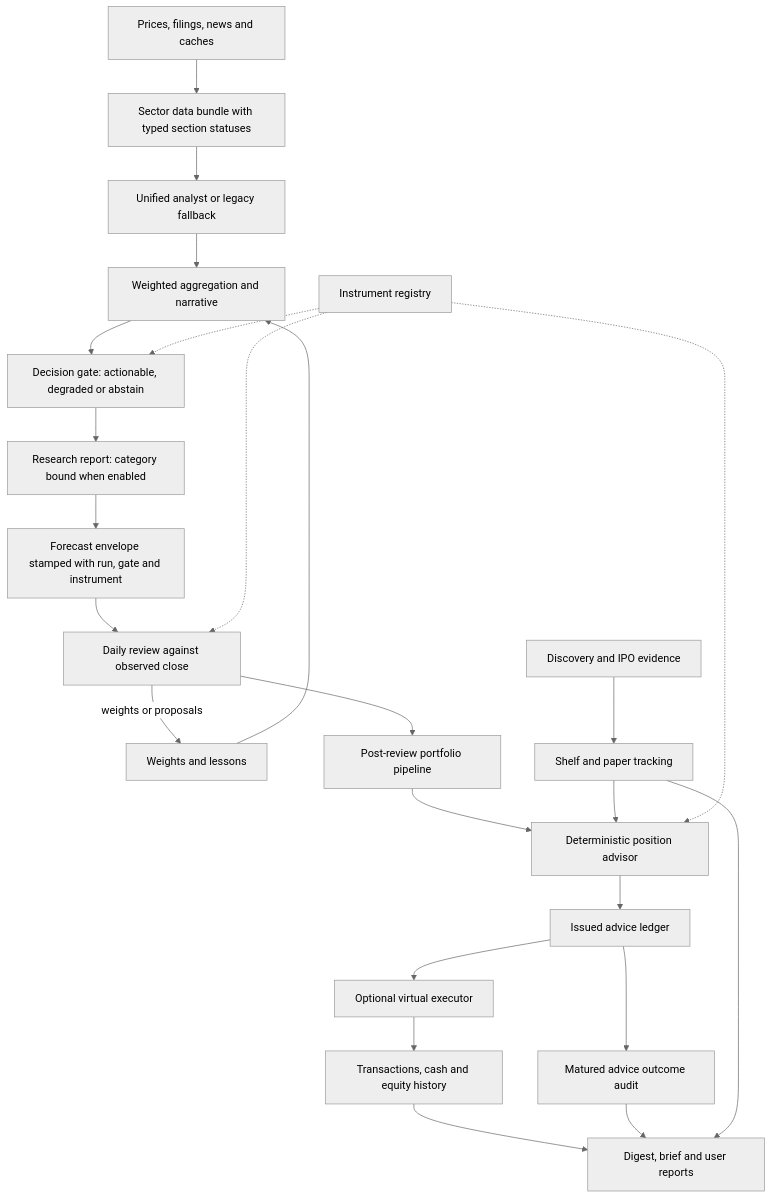
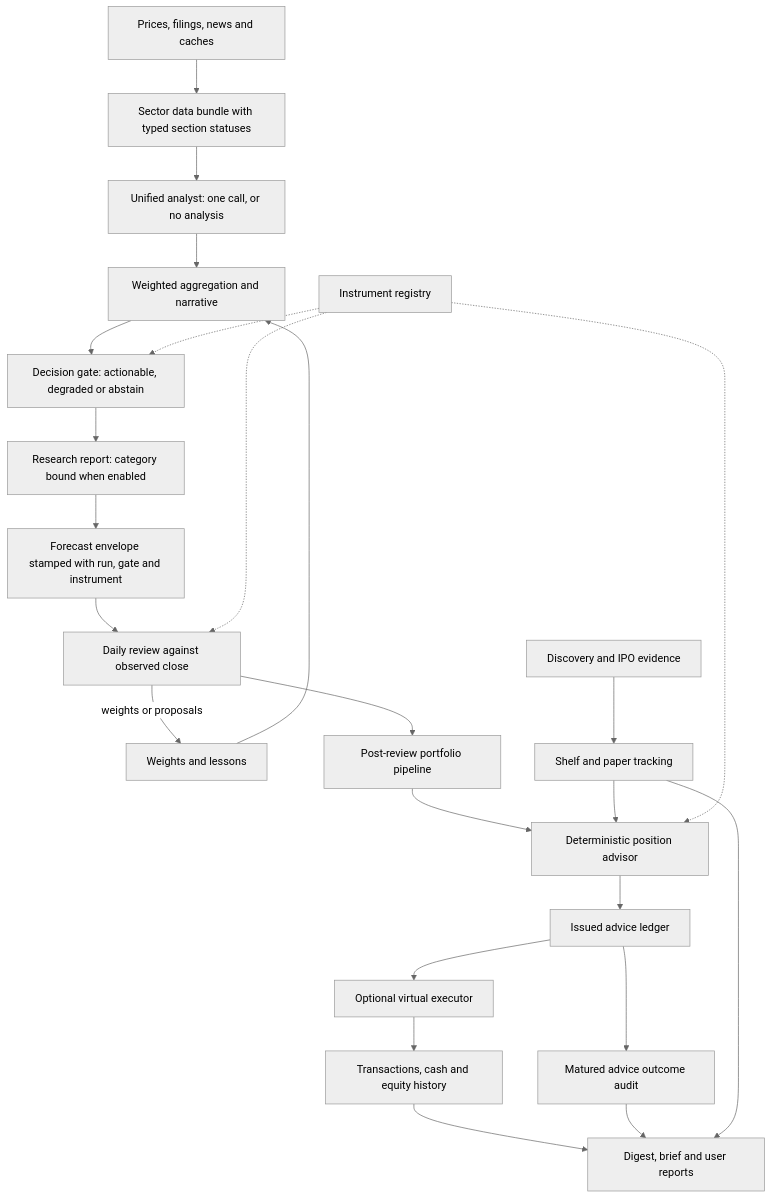
The diagram in docs/ARCHITECTURE.md (RevanParimi/StockAgent), drawn with Mermaid (neutral theme) before and after one commit. The commit also changed 129 other files, not shown here.

````diff
--- a/docs/ARCHITECTURE.md
+++ b/docs/ARCHITECTURE.md
@@ -29,26 +29,26 @@
 ```mermaid
 flowchart TD
     D[Prices, filings, news and caches] --> B[Sector data bundle with typed section statuses]
-    B --> U[Unified analyst or legacy fallback]
+    B --> U[Unified analyst: one call, or no analysis]
     U --> A[Weighted aggregation and narrative]
     W[Weights and lessons] --> A
     A --> G[Decision gate: actionable, degraded or abstain]
     G --> R[Research report: category bound when enabled]
     R --> E[Forecast envelope stamped with run, gate and instrument]
     E --> F[Daily review against observed close]
     F -->|weights or proposals| W
     F --> P[Post-review portfolio pipeline]
     P --> V[Deterministic position advisor]
     V --> L[Issued advice ledger]
     L --> X[Optional virtual executor]
     X --> T[Transactions, cash and equity history]
     L --> O[Matured advice outcome audit]
     T --> S[Digest, brief and user reports]
     O --> S
     I[Discovery and IPO evidence] --> C[Shelf and paper tracking]
     C --> V
     C --> S
     K[Instrument registry] -.-> G
     K -.-> F
     K -.-> V
 ```
````
